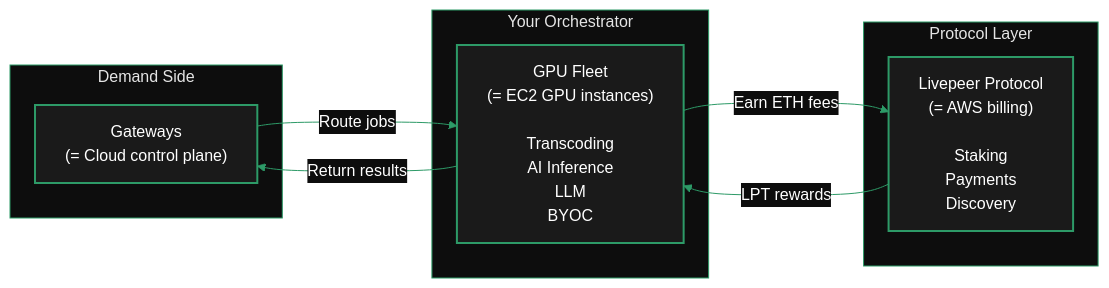
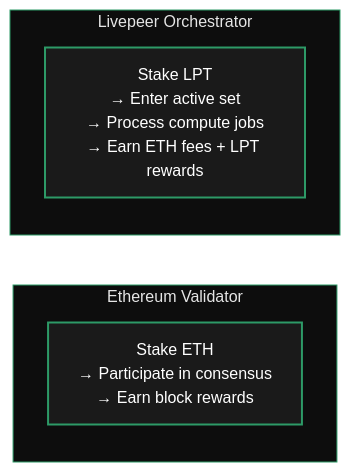
The second of 5 diagrams in v2/orchestrators/concepts/role.mdx (sidestream-tech/livepeer-docs), drawn with Mermaid before and after one commit. The commit also changed other lines of this file and 57 other files, not shown here.

````diff
--- a/v2/orchestrators/concepts/role.mdx
+++ b/v2/orchestrators/concepts/role.mdx
@@ -125,25 +99,14 @@
-```mermaid
-%%{init: {'theme': 'base', 'themeVariables': { 'primaryColor': '#1a1a1a', 'primaryTextColor': '#fff', 'primaryBorderColor': '#2d9a67', 'lineColor': '#2d9a67', 'secondaryColor': '#0d0d0d', 'tertiaryColor': '#1a1a1a', 'background': '#0d0d0d', 'fontFamily': 'system-ui' }}}%%
-flowchart LR
-    subgraph Demand["Demand Side"]
-        A["Gateways<br/>(= Cloud control plane)"]
-    end
+      ```mermaid
+      %%{init: {'theme': 'base', 'themeVariables': { 'primaryColor': '#1a1a1a', 'primaryTextColor': '#fff', 'primaryBorderColor': '#2d9a67', 'lineColor': '#2d9a67', 'secondaryColor': '#0d0d0d', 'tertiaryColor': '#1a1a1a', 'background': '#0d0d0d', 'fontFamily': 'system-ui' }}}%%
+      flowchart LR
+          subgraph ETH["Ethereum Validator"]
+              A["Stake ETH<br/>→ Participate in consensus<br/>→ Earn block rewards"]
+          end
+          subgraph LP["Livepeer Orchestrator"]
+              B["Stake LPT<br/>→ Enter active set<br/>→ Process compute jobs<br/>→ Earn ETH fees + LPT rewards"]
+          end
 
-    subgraph Supply["Your Orchestrator"]
-        B["GPU Fleet<br/>(= EC2 GPU instances)<br/><br/>Transcoding<br/>AI Inference<br/>LLM<br/>BYOC"]
-    end
-
-    subgraph Protocol["Protocol Layer"]
-        C["Livepeer Protocol<br/>(= AWS billing)<br/><br/>Staking<br/>Payments<br/>Discovery"]
-    end
-
-    A -->|Route jobs| B
-    B -->|Return results| A
-    B -->|Earn ETH fees| C
-    C -->|LPT rewards| B
-
-    classDef default fill:#1a1a1a,color:#fff,stroke:#2d9a67,stroke-width:2px
-    style Demand fill:#0d0d0d,stroke:#2d9a67,stroke-width:1px
-    style Supply fill:#0d0d0d,stroke:#2d9a67,stroke-width:1px
-    style Protocol fill:#0d0d0d,stroke:#2d9a67,stroke-width:1px
-```
+          classDef default fill:#1a1a1a,color:#fff,stroke:#2d9a67,stroke-width:2px
+          style ETH fill:#0d0d0d,stroke:#2d9a67,stroke-width:1px
+          style LP fill:#0d0d0d,stroke:#2d9a67,stroke-width:1px
+      ```
````
